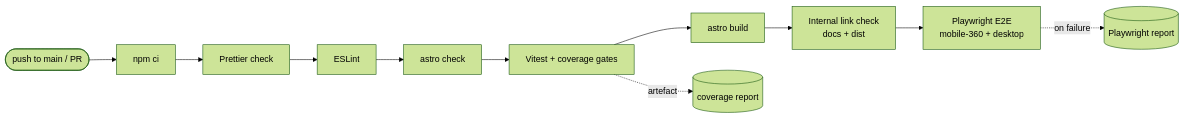
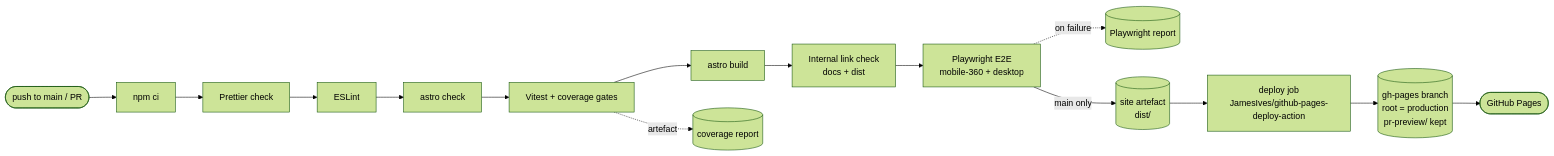
The diagram in docs/ci-cd.md (tudorgrigoriu90/valvia), drawn with Mermaid (forest theme) before and after one commit. The commit also changed other lines of this file and 7 other files, not shown here.

First line of the commit message:
TS-01.3.2: deploy to GitHub Pages from CI

````diff
--- a/docs/ci-cd.md
+++ b/docs/ci-cd.md
@@ -16,9 +17,13 @@
 ```mermaid
 flowchart LR
     trig(["push to main / PR"]) --> install["npm ci"]
     install --> fmt["Prettier check"] --> lint["ESLint"] --> types["astro check"]
     types --> unit["Vitest + coverage gates"] --> build["astro build"]
     build --> links["Internal link check<br/>docs + dist"] --> e2e["Playwright E2E<br/>mobile-360 + desktop"]
     unit -. artefact .-> cov[("coverage report")]
     e2e -. on failure .-> pw[("Playwright report")]
+    e2e -- "main only" --> art[("site artefact<br/>dist/")]
+    art --> deploy["deploy job<br/>JamesIves/github-pages-deploy-action"]
+    deploy --> ghp[("gh-pages branch<br/>root = production<br/>pr-preview/ kept")]
+    ghp --> pages(["GitHub Pages"])
 ```
````
